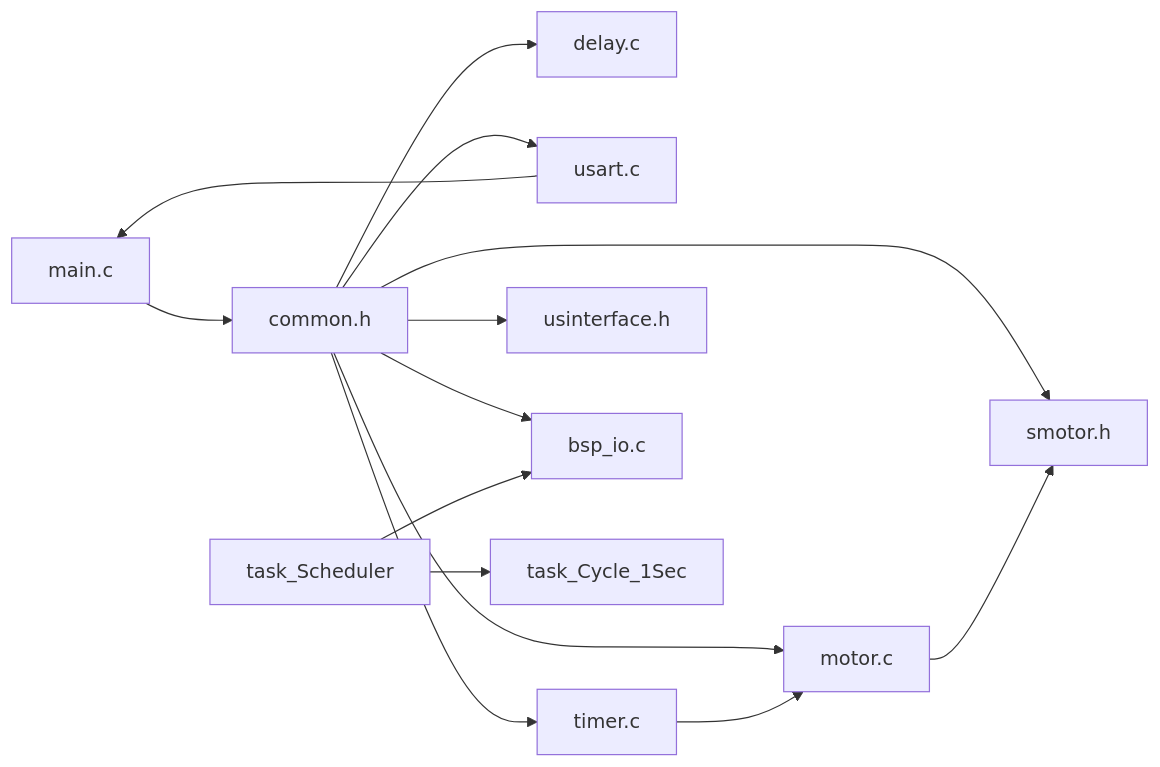
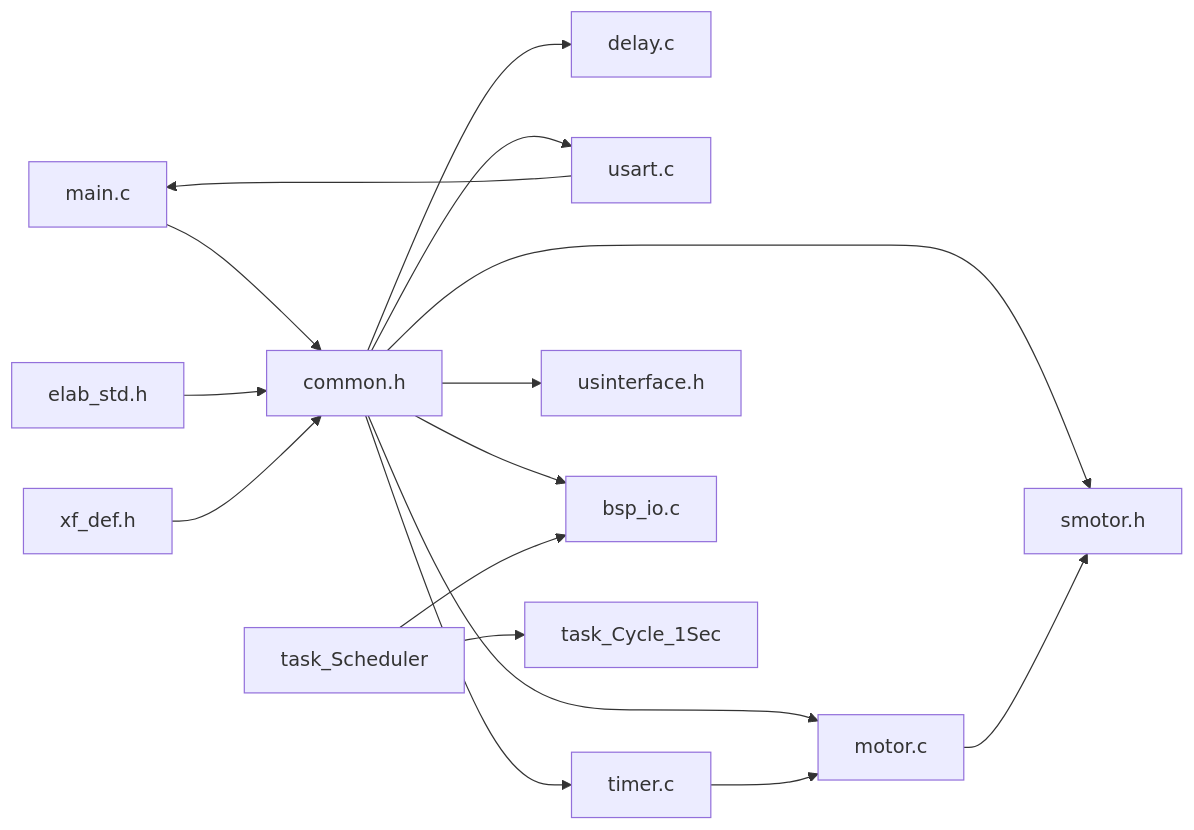
Before and after one commit to zym787/general-switcher: the fifth of 5 diagrams in .qoder/repowiki/zh/content/应用层开发/主程序结构.md, drawn with Mermaid. The commit also changed other lines of this file and 5 other files, not shown here.

````diff
--- a/.qoder/repowiki/zh/content/应用层开发/主程序结构.md
+++ b/.qoder/repowiki/zh/content/应用层开发/主程序结构.md
@@ -275,16 +304,18 @@
 ```mermaid
 graph LR
 MAIN["main.c"] --> COMMON["common.h"]
 COMMON --> DELAY["delay.c"]
 COMMON --> USART["usart.c"]
 COMMON --> TIMER["timer.c"]
 COMMON --> MOTOR["motor.c"]
 COMMON --> SMOTOR["smotor.h"]
 COMMON --> USIF["usinterface.h"]
 COMMON --> IO["bsp_io.c"]
 USART --> MAIN
 TIMER --> MOTOR
 MOTOR --> SMOTOR
 SCHED["task_Scheduler"] --> IO
 SCHED --> CYCLE["task_Cycle_1Sec"]
+ELABSTD["elab_std.h"] --> COMMON
+XFDEF["xf_def.h"] --> COMMON
 ```
````
